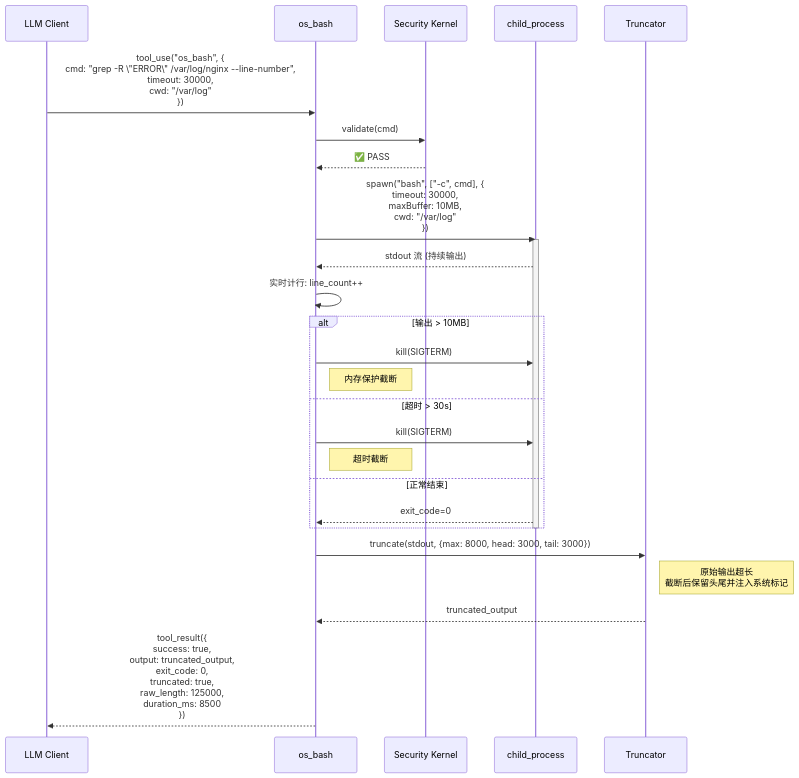
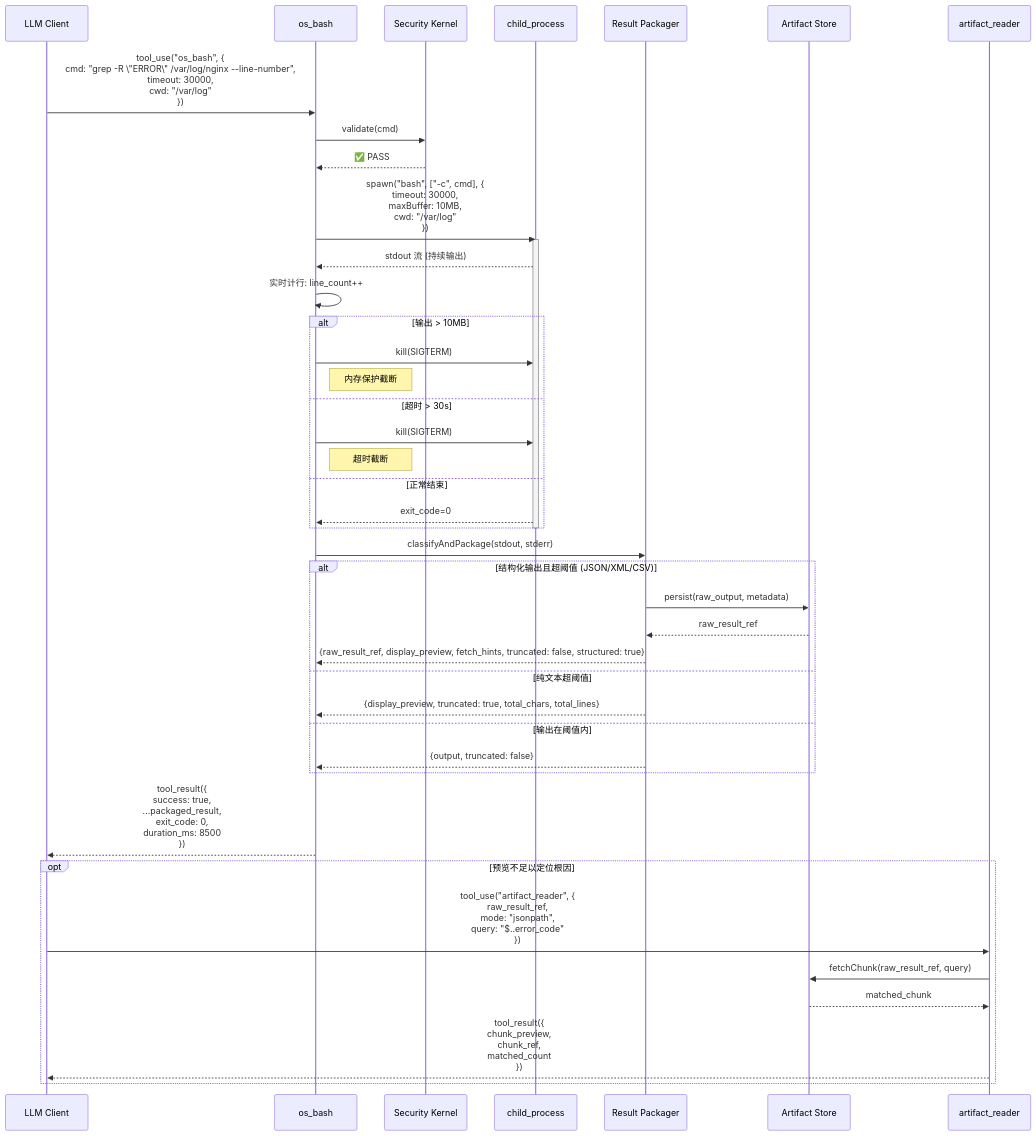
The fourth of 17 diagrams in doc/12-limbs-layer-modules.md (Yidhar/Embla_System), drawn with Mermaid before and after one commit. The commit also changed other lines of this file and 13 other files, not shown here.

Commit message:
docs: refresh architecture specs and security blindspot baseline

````diff
--- a/doc/12-limbs-layer-modules.md
+++ b/doc/12-limbs-layer-modules.md
@@ -230,38 +255,53 @@
 ```mermaid
 sequenceDiagram
     participant LLM as LLM Client
     participant BASH as os_bash
     participant SEC as Security Kernel
     participant PROC as child_process
-    participant TRUNC as Truncator
+    participant PACK as Result Packager
+    participant ART as Artifact Store
+    participant AR as artifact_reader
 
     LLM->>BASH: tool_use("os_bash", {<br/>  cmd: "grep -R \"ERROR\" /var/log/nginx --line-number",<br/>  timeout: 30000,<br/>  cwd: "/var/log"<br/>})
 
     BASH->>SEC: validate(cmd)
     SEC-->>BASH: ✅ PASS
 
     BASH->>PROC: spawn("bash", ["-c", cmd], {<br/>  timeout: 30000,<br/>  maxBuffer: 10MB,<br/>  cwd: "/var/log"<br/>})
 
     activate PROC
     PROC-->>BASH: stdout 流 (持续输出)
 
     BASH->>BASH: 实时计行: line_count++
 
     alt 输出 > 10MB
         BASH->>PROC: kill(SIGTERM)
         Note right of BASH: 内存保护截断
     else 超时 > 30s
         BASH->>PROC: kill(SIGTERM)
         Note right of BASH: 超时截断
     else 正常结束
         PROC-->>BASH: exit_code=0
     end
     deactivate PROC
 
-    BASH->>TRUNC: truncate(stdout, {max: 8000, head: 3000, tail: 3000})
-    Note right of TRUNC: 原始输出超长<br/>截断后保留头尾并注入系统标记
+    BASH->>PACK: classifyAndPackage(stdout, stderr)
+    alt 结构化输出且超阈值 (JSON/XML/CSV)
+        PACK->>ART: persist(raw_output, metadata)
+        ART-->>PACK: raw_result_ref
+        PACK-->>BASH: {raw_result_ref, display_preview, fetch_hints, truncated: false, structured: true}
+    else 纯文本超阈值
+        PACK-->>BASH: {display_preview, truncated: true, total_chars, total_lines}
+    else 输出在阈值内
+        PACK-->>BASH: {output, truncated: false}
+    end
 
-    TRUNC-->>BASH: truncated_output
+    BASH-->>LLM: tool_result({<br/>  success: true,<br/>  ...packaged_result,<br/>  exit_code: 0,<br/>  duration_ms: 8500<br/>})
 
-    BASH-->>LLM: tool_result({<br/>  success: true,<br/>  output: truncated_output,<br/>  exit_code: 0,<br/>  truncated: true,<br/>  raw_length: 125000,<br/>  duration_ms: 8500<br/>})
+    opt 预览不足以定位根因
+        LLM->>AR: tool_use("artifact_reader", {<br/>  raw_result_ref,<br/>  mode: "jsonpath",<br/>  query: "$..error_code"<br/>})
+        AR->>ART: fetchChunk(raw_result_ref, query)
+        ART-->>AR: matched_chunk
+        AR-->>LLM: tool_result({<br/>  chunk_preview,<br/>  chunk_ref,<br/>  matched_count<br/>})
+    end
 ```
````
